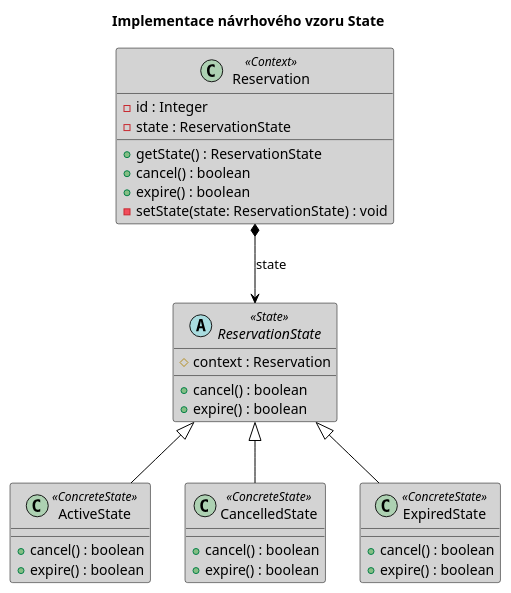
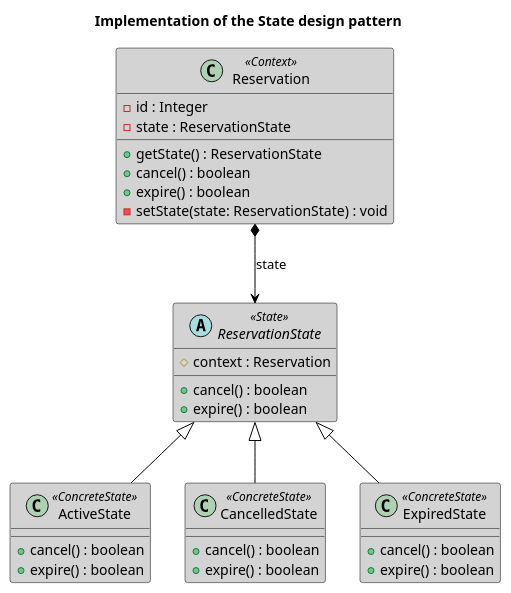
Before and after one commit to AidenCze/SWI-Project: the diagram in docs/diagramy/class-state.puml, drawn with PlantUML. The commit also changed 1 other file, not shown here.

Commit message:
Update titles in class-state diagram for consistency and clarity

```diff
--- a/docs/diagramy/class-state.puml
+++ b/docs/diagramy/class-state.puml
@@ -1,51 +1,51 @@
 @startuml
-title Implementace návrhového vzoru State
+title Implementation of the State design pattern
 
 skinparam class {
     BackgroundColor LightGray
     ArrowColor Black
     BorderColor Black
 }
 
 class "Reservation" as Res <<Context>>  {
     - id : Integer
     - state : ReservationState
     + getState() : ReservationState
     + cancel() : boolean
     + expire() : boolean
     - setState(state: ReservationState) : void
 }
 
 
 
 abstract class "ReservationState" as State <<State>> {
     # context : Reservation
     + cancel() : boolean
     + expire() : boolean
 }
 
 class "ActiveState" as StateActive <<ConcreteState>> {
     + cancel() : boolean
     + expire() : boolean
 }
 
 class "CancelledState" as StateCancelled <<ConcreteState>> {
     + cancel() : boolean
     + expire() : boolean
 }
 
 class "ExpiredState" as StateExpired <<ConcreteState>> {
     + cancel() : boolean
     + expire() : boolean
 }
 
 
 
 
 
 ' Strukturální vztahy vzoru State
 Res *--> State : state
 State <|-- StateActive
 State <|-- StateCancelled
 State <|-- StateExpired
 @enduml
```
